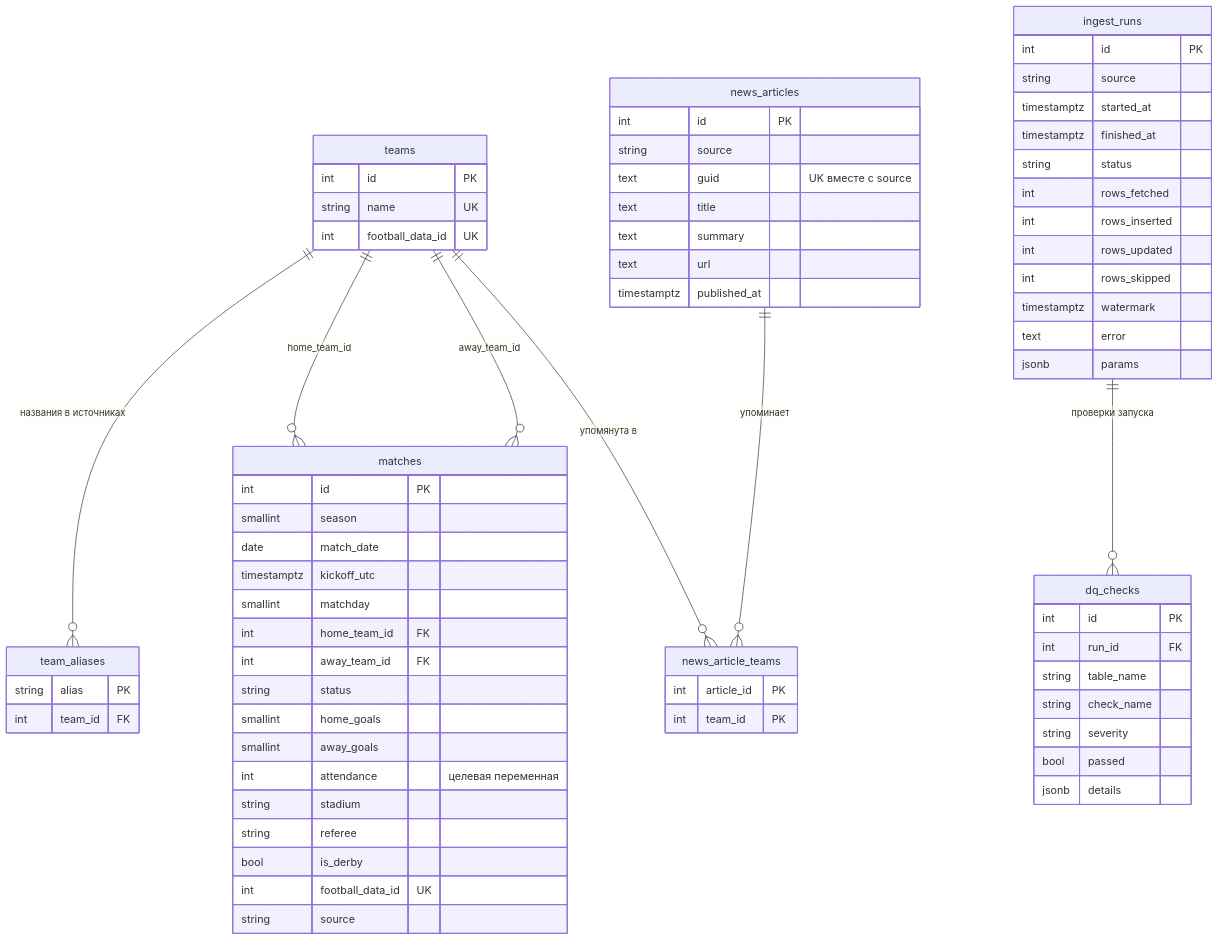
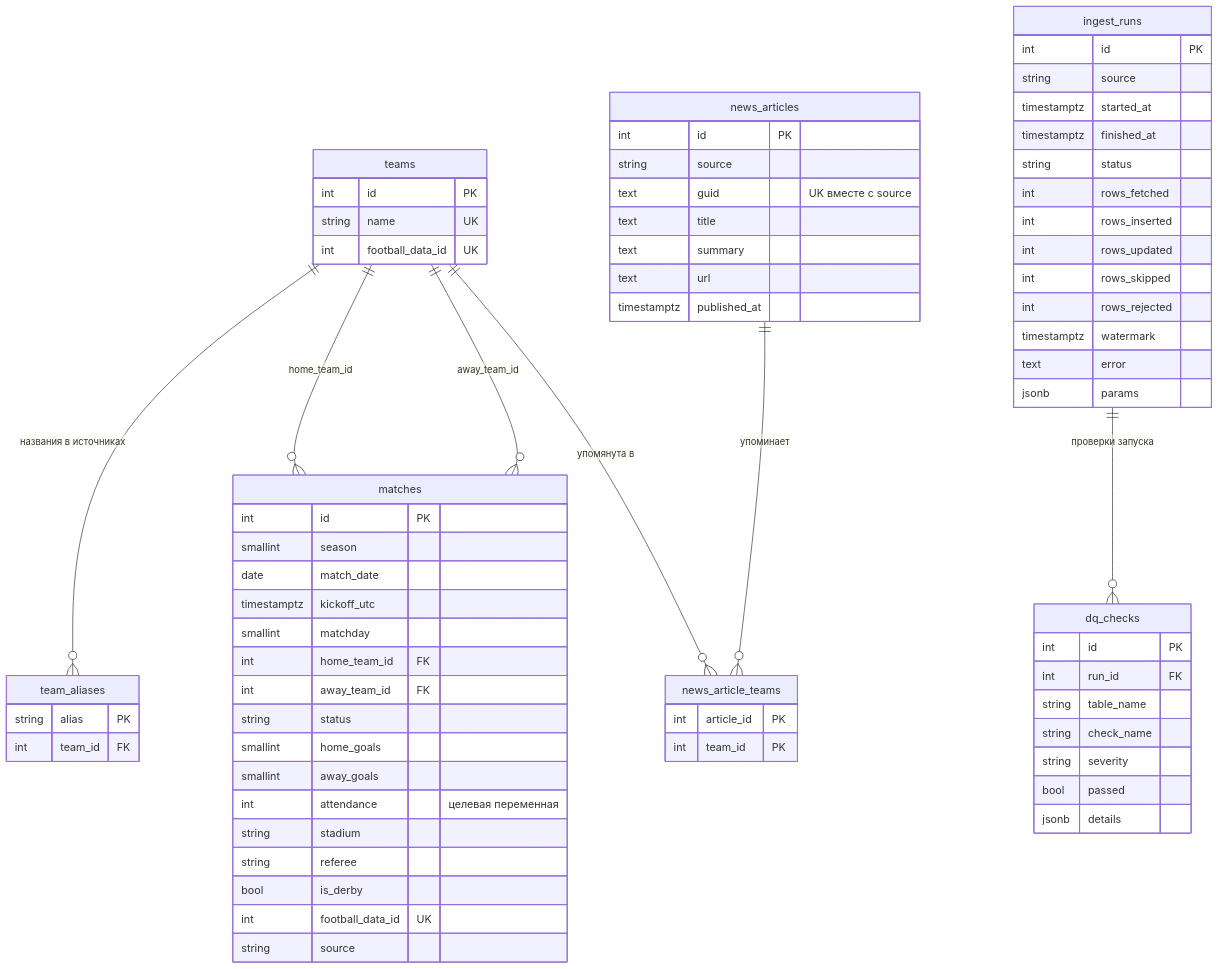
Before and after one commit to IIcon18/epl_forecast: the diagram in docs/db_schema.md, drawn with Mermaid. The commit also changed other lines of this file and 21 other files, not shown here.

````diff
--- a/docs/db_schema.md
+++ b/docs/db_schema.md
@@ -6,73 +6,74 @@
 ```mermaid
 erDiagram
     teams ||--o{ team_aliases : "названия в источниках"
     teams ||--o{ matches : "home_team_id"
     teams ||--o{ matches : "away_team_id"
     teams ||--o{ news_article_teams : "упомянута в"
     news_articles ||--o{ news_article_teams : "упоминает"
     ingest_runs ||--o{ dq_checks : "проверки запуска"
 
     teams {
         int id PK
         string name UK
         int football_data_id UK
     }
     team_aliases {
         string alias PK
         int team_id FK
     }
     matches {
         int id PK
         smallint season
         date match_date
         timestamptz kickoff_utc
         smallint matchday
         int home_team_id FK
         int away_team_id FK
         string status
         smallint home_goals
         smallint away_goals
         int attendance "целевая переменная"
         string stadium
         string referee
         bool is_derby
         int football_data_id UK
         string source
     }
     news_articles {
         int id PK
         string source
         text guid "UK вместе с source"
         text title
         text summary
         text url
         timestamptz published_at
     }
     news_article_teams {
         int article_id PK
         int team_id PK
     }
     ingest_runs {
         int id PK
         string source
         timestamptz started_at
         timestamptz finished_at
         string status
         int rows_fetched
         int rows_inserted
         int rows_updated
         int rows_skipped
+        int rows_rejected
         timestamptz watermark
         text error
         jsonb params
     }
     dq_checks {
         int id PK
         int run_id FK
         string table_name
         string check_name
         string severity
         bool passed
         jsonb details
     }
 ```
````
